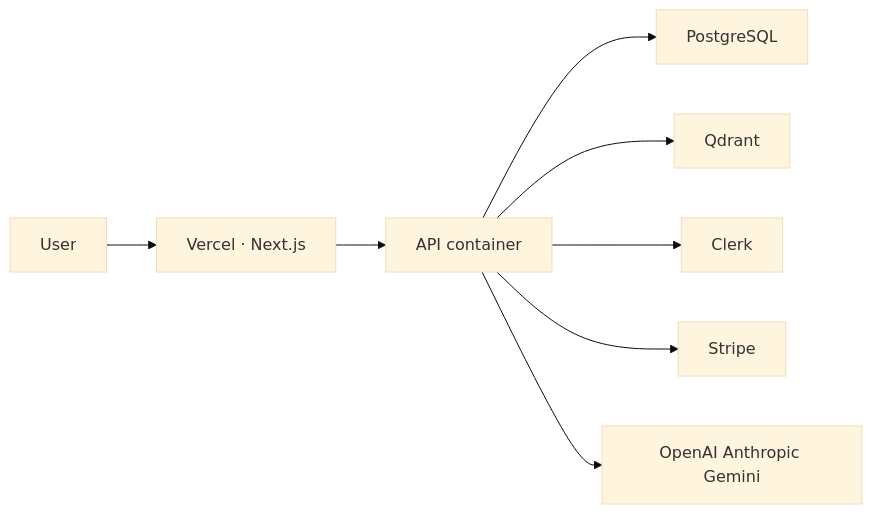
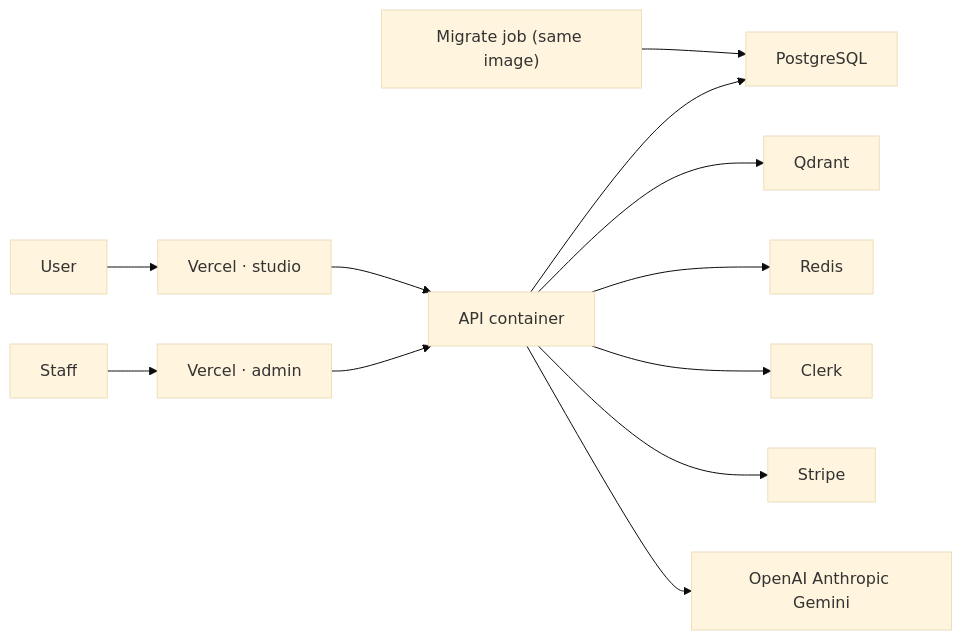
The diagram in docs/Deployment.md (Nditah/AI-Mentor), drawn with Mermaid (base theme) before and after one commit. The commit also changed other lines of this file and 333 other files, not shown here.

````diff
--- a/docs/Deployment.md
+++ b/docs/Deployment.md
@@ -7,10 +7,14 @@
 ```mermaid
 flowchart LR
-  User --> Vercel["Vercel · Next.js"]
-  Vercel --> API["API container"]
+  User --> Studio["Vercel · studio"]
+  Staff --> Admin["Vercel · admin"]
+  Studio --> API["API container"]
+  Admin --> API
+  Job["Migrate job (same image)"] --> PG
   API --> PG["PostgreSQL"]
   API --> QD["Qdrant"]
+  API --> RD["Redis"]
   API --> Clerk
   API --> Stripe
   API --> LLM["OpenAI Anthropic Gemini"]
 ```
````
